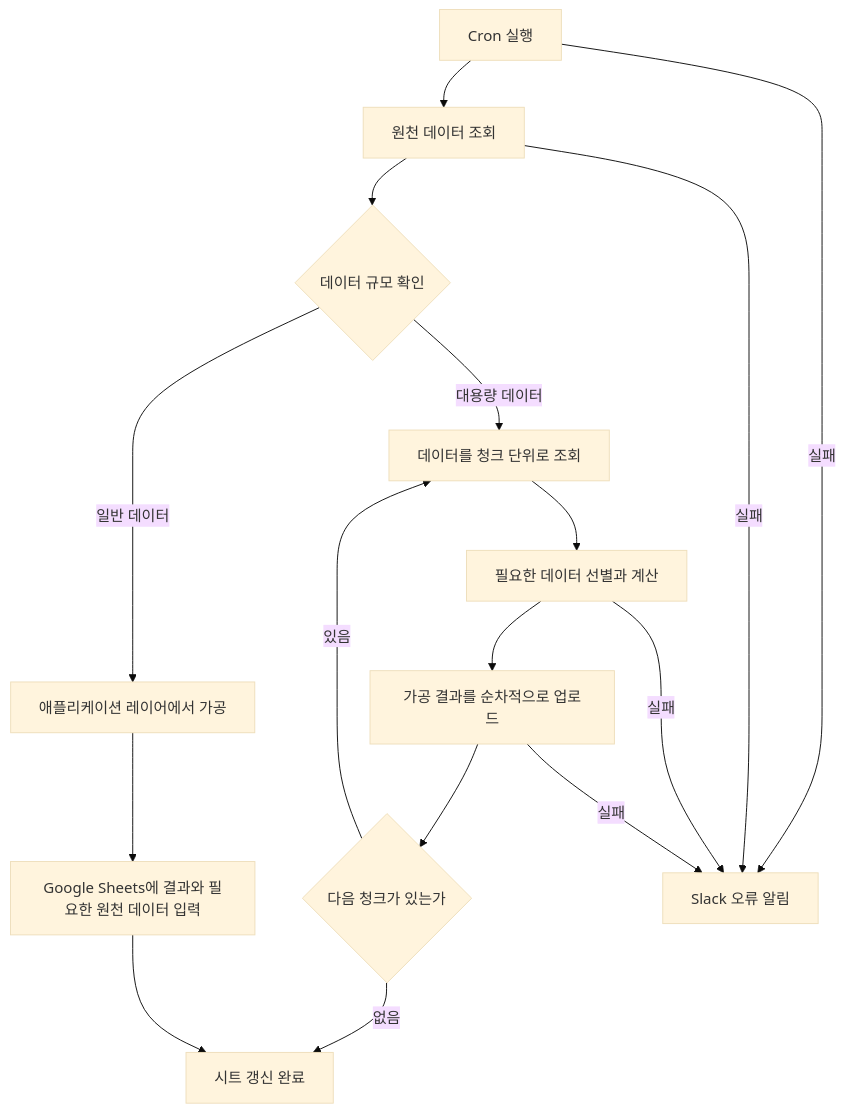
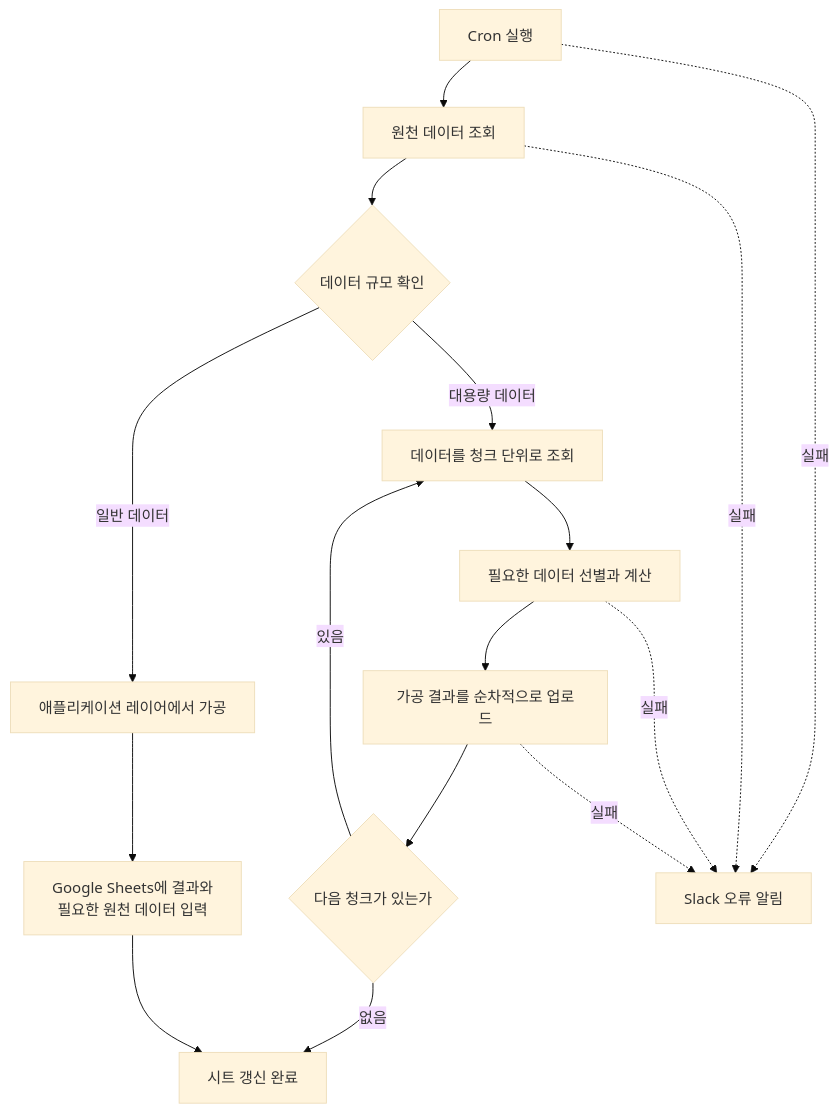
The diagram in projects/public-education/google-sheets-automation.md (KimHG1995/work-history), drawn with Mermaid (base theme) before and after one commit. The commit also changed 18 other files, not shown here.

Commit message:
docs: 공개 Mermaid 다이어그램 가독성 전수 개선

````diff
--- a/projects/public-education/google-sheets-automation.md
+++ b/projects/public-education/google-sheets-automation.md
@@ -62,18 +62,18 @@
 ```mermaid
 flowchart TD
     schedule["Cron 실행"] --> source["원천 데이터 조회"]
     source --> size{"데이터 규모 확인"}
     size -->|일반 데이터| app["애플리케이션 레이어에서 가공"]
-    app --> sheet["Google Sheets에 결과와 필요한 원천 데이터 입력"]
+    app --> sheet["Google Sheets에 결과와<br/>필요한 원천 데이터 입력"]
     size -->|대용량 데이터| chunk["데이터를 청크 단위로 조회"]
     chunk --> calc["필요한 데이터 선별과 계산"]
     calc --> upload["가공 결과를 순차적으로 업로드"]
     upload --> more{"다음 청크가 있는가"}
     more -->|있음| chunk
     more -->|없음| done["시트 갱신 완료"]
     sheet --> done
-    schedule -->|실패| slack["Slack 오류 알림"]
-    source -->|실패| slack
-    calc -->|실패| slack
-    upload -->|실패| slack
+    schedule -.->|실패| slack["Slack 오류 알림"]
+    source -.->|실패| slack
+    calc -.->|실패| slack
+    upload -.->|실패| slack
 ```
````
